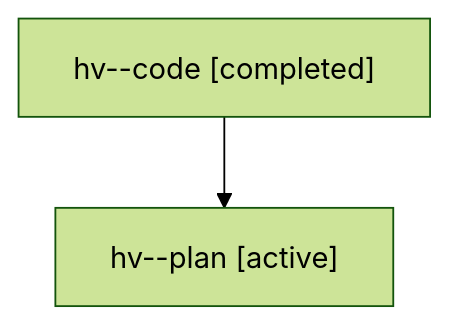
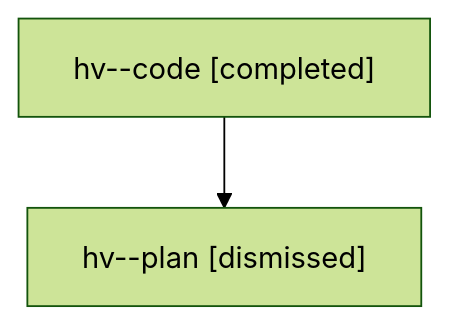
Before and after one commit to sase-org/sase--agents: the diagram in sessions/bbugyi200.athena.hv.md, drawn with Mermaid (forest theme). The commit also changed other lines of this file and 31 other files, not shown here.

````diff
--- a/sessions/bbugyi200.athena.hv.md
+++ b/sessions/bbugyi200.athena.hv.md
@@ -9,6 +9,6 @@
 ```mermaid
 flowchart TD
   n0["hv--code [completed]"]
-  n1["hv--plan [active]"]
+  n1["hv--plan [dismissed]"]
   n0 --> n1
 ```
````
